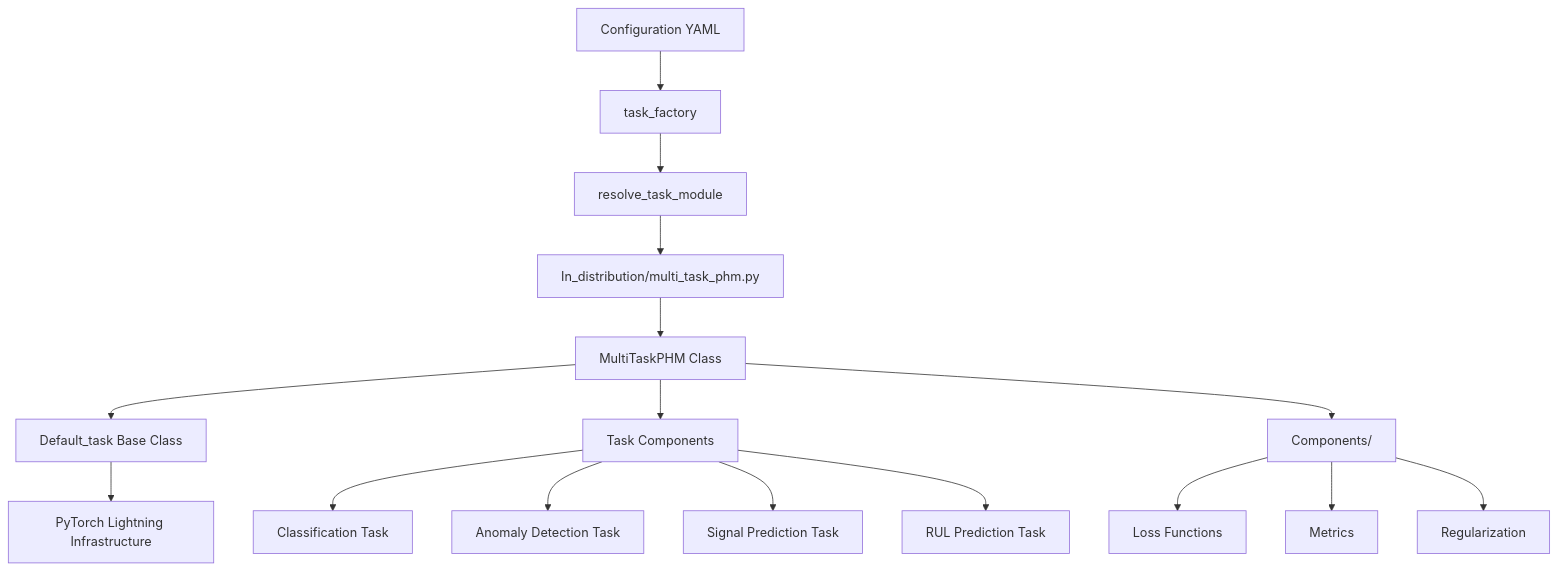
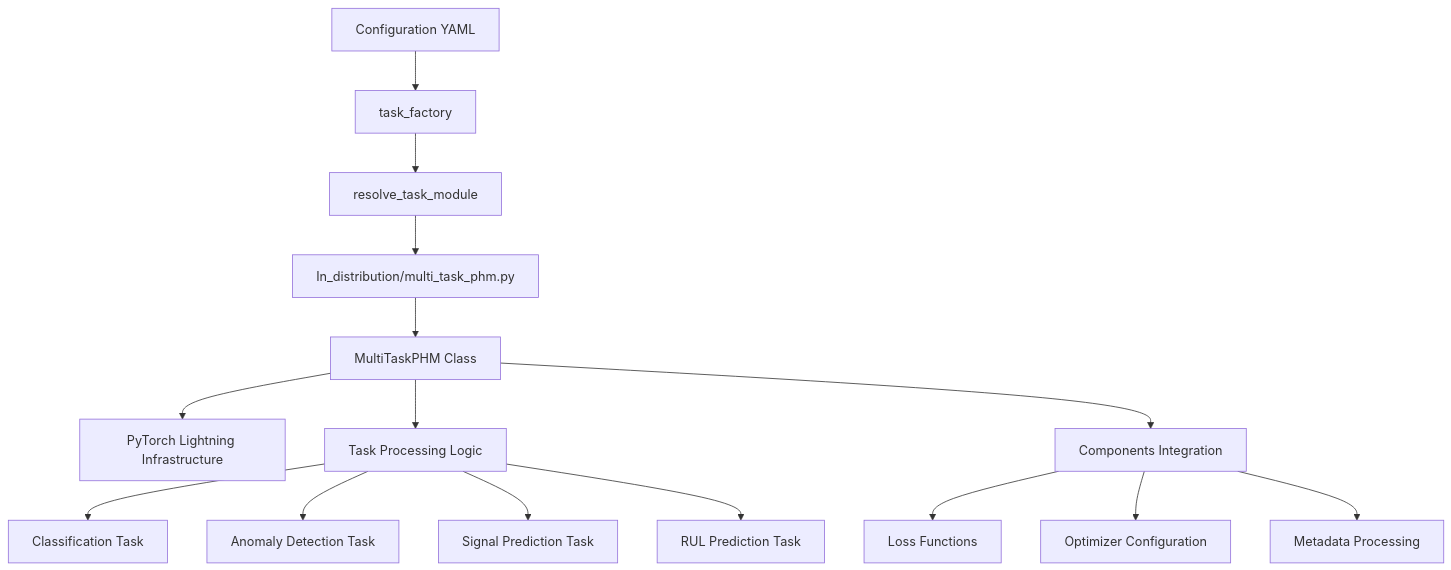
The first of 4 diagrams in .claude/specs/multi-task-refactor/design.md (PHMbench/PHM-Vibench), drawn with Mermaid before and after one commit. The commit also changed other lines of this file and 23 other files, not shown here.

First line of the commit message:
feat: Implement multi-task PHM framework with modular task heads for classification, anomaly detection, signal prediction, and RUL prediction

````diff
--- a/.claude/specs/multi-task-refactor/design.md
+++ b/.claude/specs/multi-task-refactor/design.md
@@ -56,20 +11,19 @@
 ```mermaid
 graph TD
     A[Configuration YAML] --> B[task_factory]
     B --> C[resolve_task_module]
     C --> D[In_distribution/multi_task_phm.py]
     D --> E[MultiTaskPHM Class]
-    E --> F[Default_task Base Class]
-    F --> G[PyTorch Lightning Infrastructure]
+    E --> F[PyTorch Lightning Infrastructure]
     
-    E --> H[Task Components]
-    H --> I[Classification Task]
-    H --> J[Anomaly Detection Task]
-    H --> K[Signal Prediction Task]
-    H --> L[RUL Prediction Task]
+    E --> G[Task Processing Logic]
+    G --> H[Classification Task]
+    G --> I[Anomaly Detection Task]
+    G --> J[Signal Prediction Task]
+    G --> K[RUL Prediction Task]
     
-    E --> M[Components/]
-    M --> N[Loss Functions]
-    M --> O[Metrics]
-    M --> P[Regularization]
+    E --> L[Components Integration]
+    L --> M[Loss Functions]
+    L --> N[Optimizer Configuration]
+    L --> O[Metadata Processing]
 ```
````
